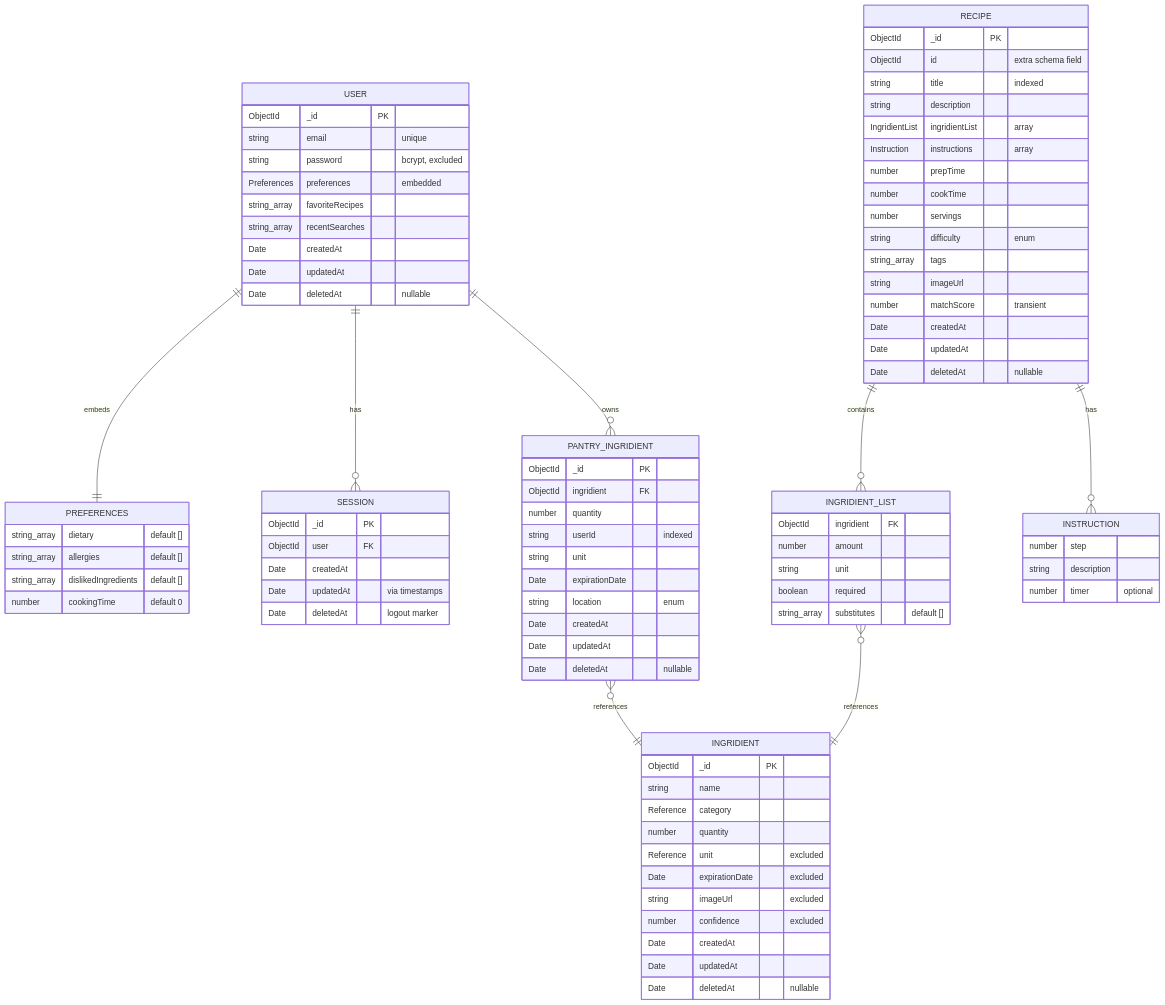
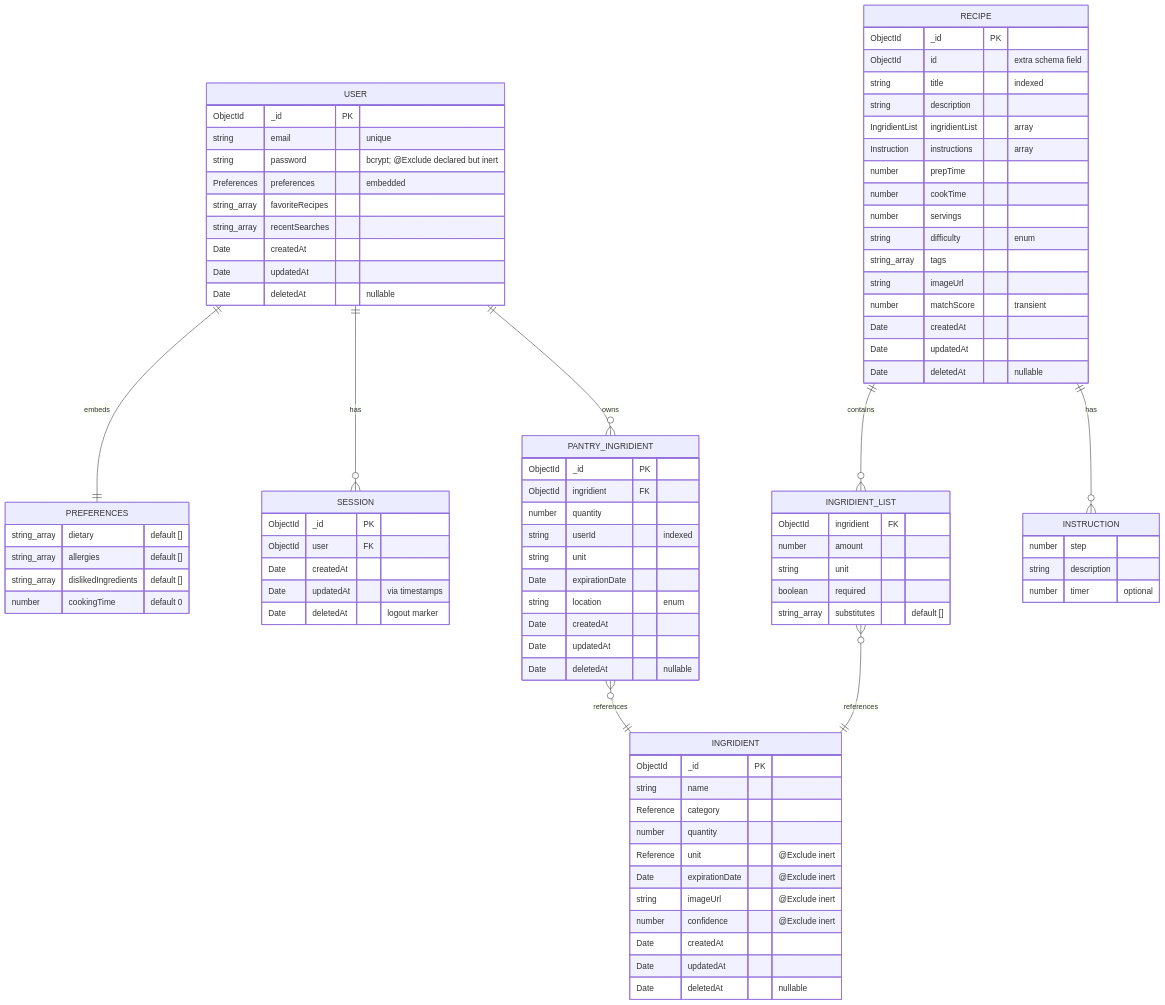
The diagram in DATA_MODEL.md (blitzy-public-samples/pantry-chef-traditional), drawn with Mermaid before and after one commit. The commit also changed other lines of this file and 72 other files, not shown here.

```diff
--- a/DATA_MODEL.md
+++ b/DATA_MODEL.md
@@ -63,7 +63,7 @@
     USER {
         ObjectId _id PK
         string email "unique"
-        string password "bcrypt, excluded"
+        string password "bcrypt; @Exclude declared but inert"
         Preferences preferences "embedded"
         string_array favoriteRecipes
         string_array recentSearches
@@ -89,10 +89,10 @@
         string name
         Reference category
         number quantity
-        Reference unit "excluded"
-        Date expirationDate "excluded"
-        string imageUrl "excluded"
-        number confidence "excluded"
+        Reference unit "@Exclude inert"
+        Date expirationDate "@Exclude inert"
+        string imageUrl "@Exclude inert"
+        number confidence "@Exclude inert"
         Date createdAt
         Date updatedAt
         Date deletedAt "nullable"
```
